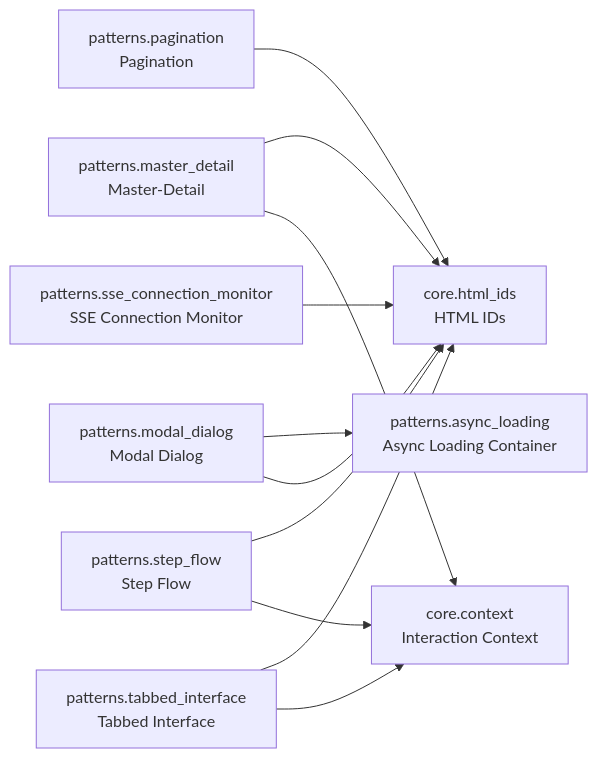
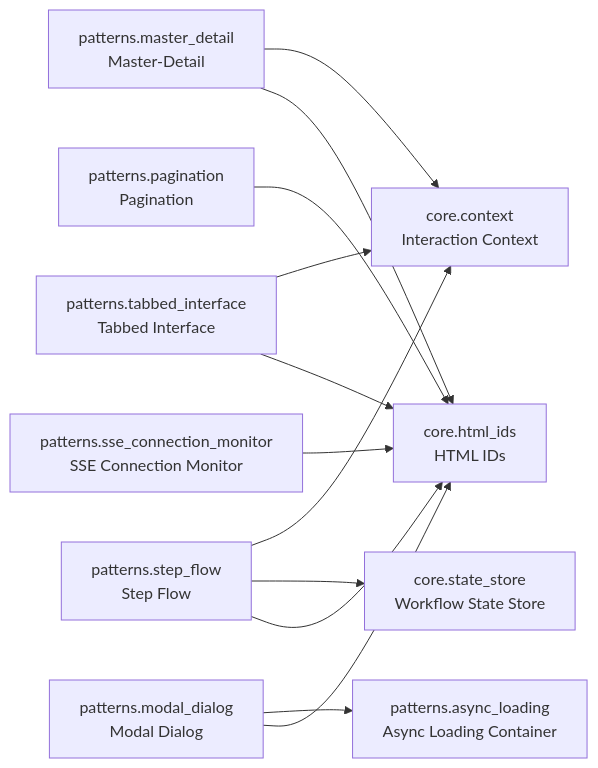
The diagram in README.md (cj-mills/cjm-fasthtml-interactions), drawn with Mermaid before and after one commit. The commit also changed other lines of this file and 8 other files, not shown here.

Commit message:
Add default InMemoryWorkflowStateStore implementation.

````diff
--- a/README.md
+++ b/README.md
@@ -31,23 +32,25 @@
 ``` mermaid
 graph LR
     core_context[core.context<br/>Interaction Context]
     core_html_ids[core.html_ids<br/>HTML IDs]
+    core_state_store[core.state_store<br/>Workflow State Store]
     patterns_async_loading[patterns.async_loading<br/>Async Loading Container]
     patterns_master_detail[patterns.master_detail<br/>Master-Detail]
     patterns_modal_dialog[patterns.modal_dialog<br/>Modal Dialog]
     patterns_pagination[patterns.pagination<br/>Pagination]
     patterns_sse_connection_monitor[patterns.sse_connection_monitor<br/>SSE Connection Monitor]
     patterns_step_flow[patterns.step_flow<br/>Step Flow]
     patterns_tabbed_interface[patterns.tabbed_interface<br/>Tabbed Interface]
 
+    patterns_master_detail --> core_context
     patterns_master_detail --> core_html_ids
-    patterns_master_detail --> core_context
     patterns_modal_dialog --> patterns_async_loading
     patterns_modal_dialog --> core_html_ids
     patterns_pagination --> core_html_ids
     patterns_sse_connection_monitor --> core_html_ids
+    patterns_step_flow --> core_context
+    patterns_step_flow --> core_state_store
     patterns_step_flow --> core_html_ids
-    patterns_step_flow --> core_context
+    patterns_tabbed_interface --> core_context
     patterns_tabbed_interface --> core_html_ids
-    patterns_tabbed_interface --> core_context
 ```
````
